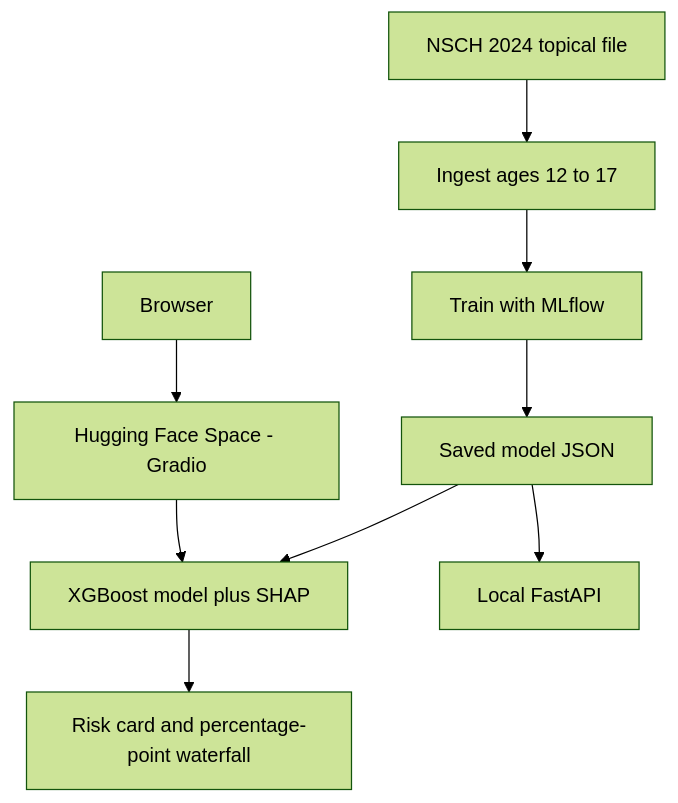
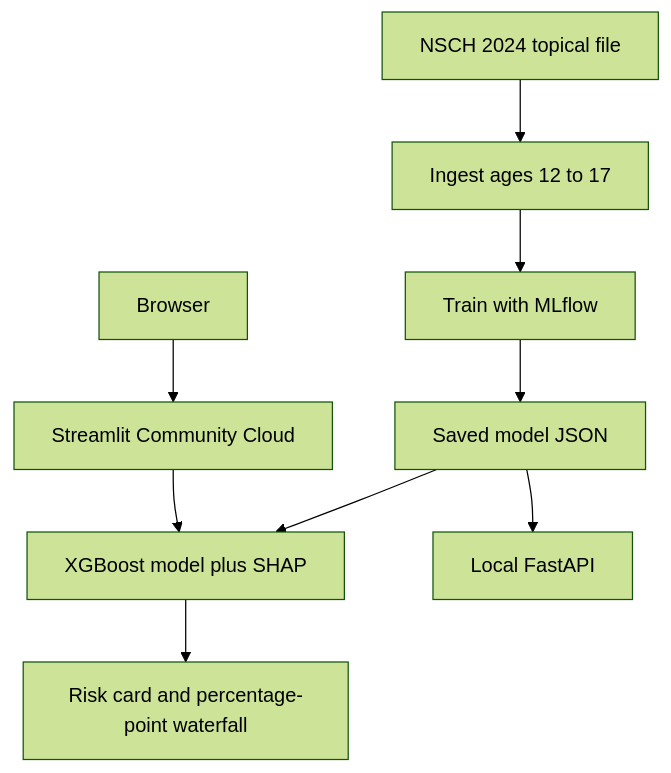
Before and after one commit to Sneha-nag/techportfolio: the diagram in assets/youthmentalhealth-README.md, drawn with Mermaid (forest theme). The commit also changed other lines of this file and 2 other files, not shown here.

Commit message:
Update the youth mental health README and architecture for Streamlit scoring.

````diff
--- a/assets/youthmentalhealth-README.md
+++ b/assets/youthmentalhealth-README.md
@@ -37,11 +39,11 @@
 ```mermaid
 flowchart TD
-  user[Browser] --> space[Hugging Face Space - Gradio]
-  space --> model[XGBoost model plus SHAP]
+  user[Browser] --> app[Streamlit Community Cloud]
+  app --> model[XGBoost model plus SHAP]
   model --> card[Risk card and percentage-point waterfall]
   sas[NSCH 2024 topical file] --> ingest[Ingest ages 12 to 17]
   ingest --> train[Train with MLflow]
   train --> saved[Saved model JSON]
   saved --> model
   saved --> api[Local FastAPI]
 ```
````
